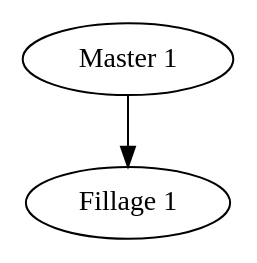
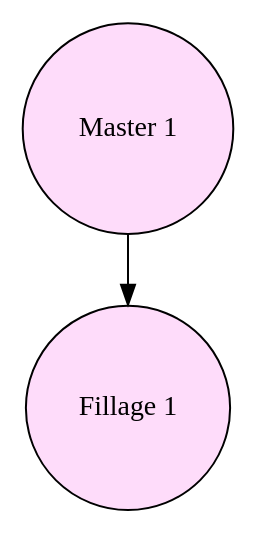
Before and after one commit to Saperlu/Graphvizeract: the diagram in api/ressources/graphs/x.gv, drawn with Graphviz. The commit also changed 5 other files, not shown here.

```diff
--- a/api/ressources/graphs/x.gv
+++ b/api/ressources/graphs/x.gv
@@ -1,6 +1,13 @@
 /* x.gv */
 digraph mainmap {
+	node [
+		shape = circle
+		style = filled
+		fillcolor = "#FEDCFA"
+	]
+
+
 	"Master 1" -> "Fillage 1"
 	
 
 }
```
